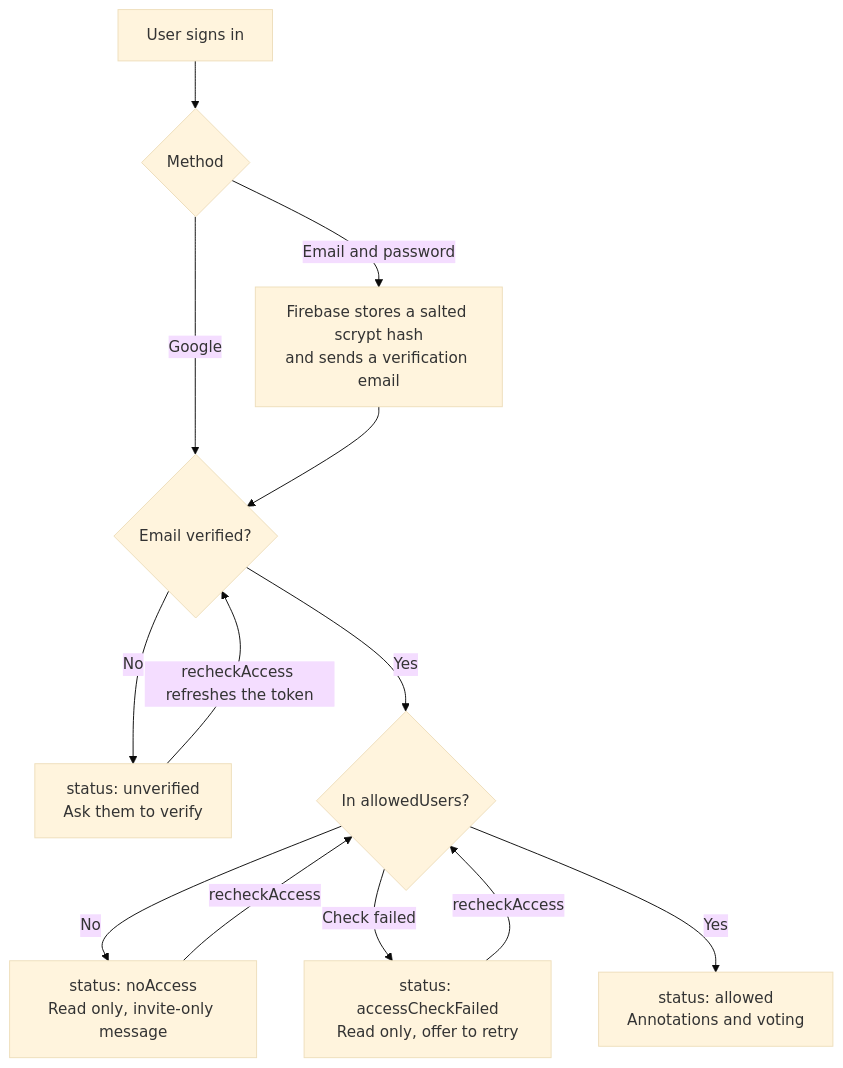
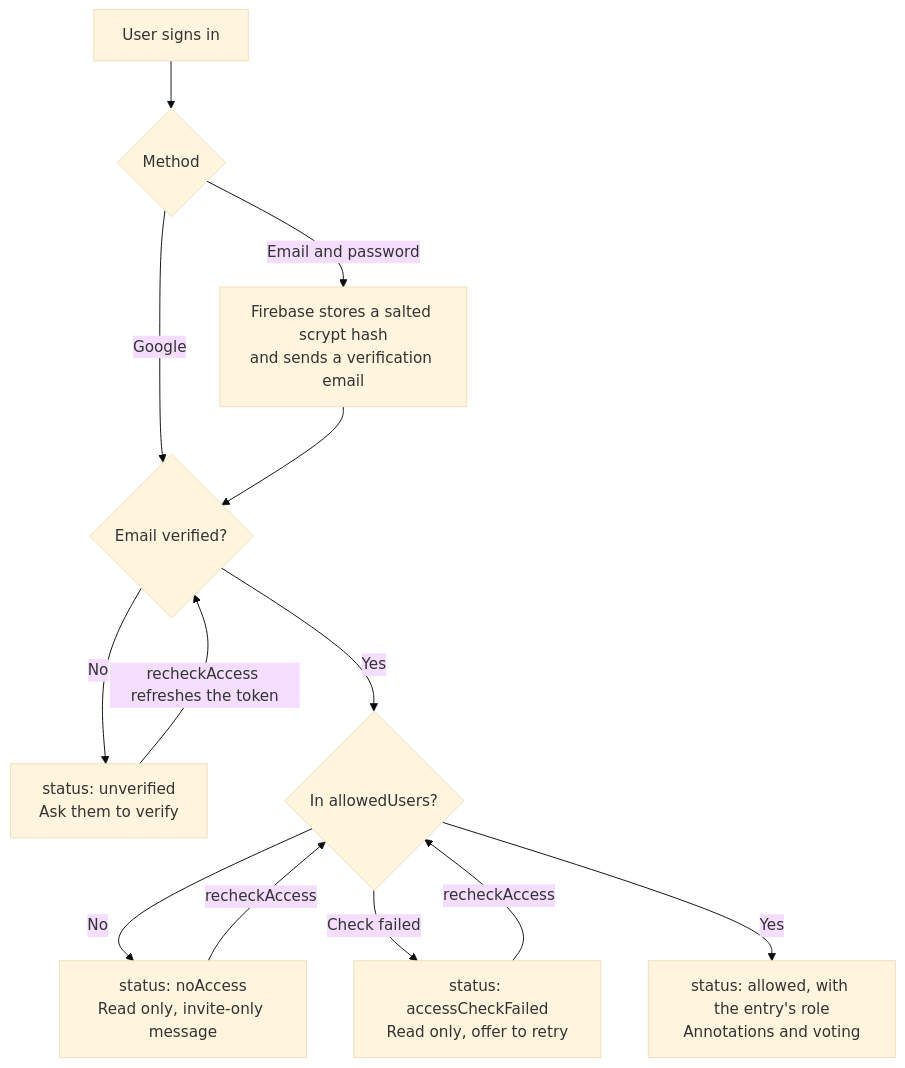
One commit to Valiance-Studios/bible-center changed diagram 12 of 16 in ARCHITECTURE.md. Above: the diagram before and after it, drawn with Mermaid (base theme). The commit also changed other lines of this file and 60 other files, not shown here.

````diff
--- a/ARCHITECTURE.md
+++ b/ARCHITECTURE.md
@@ -491,15 +513,15 @@
 ```mermaid
 flowchart TD
   start["User signs in"] --> method{"Method"}
   method -- "Google" --> verified{"Email verified?"}
   method -- "Email and password" --> register["Firebase stores a salted scrypt hash<br/>and sends a verification email"]
   register --> verified
   verified -- "No" --> prompt["status: unverified<br/>Ask them to verify"]
   prompt -- "recheckAccess refreshes the token" --> verified
   verified -- "Yes" --> allowed{"In allowedUsers?"}
   allowed -- "No" --> denied["status: noAccess<br/>Read only, invite-only message"]
   allowed -- "Check failed" --> failed["status: accessCheckFailed<br/>Read only, offer to retry"]
-  allowed -- "Yes" --> access["status: allowed<br/>Annotations and voting"]
+  allowed -- "Yes" --> access["status: allowed, with the entry's role<br/>Annotations and voting"]
   denied -- "recheckAccess" --> allowed
   failed -- "recheckAccess" --> allowed
 ```
````
